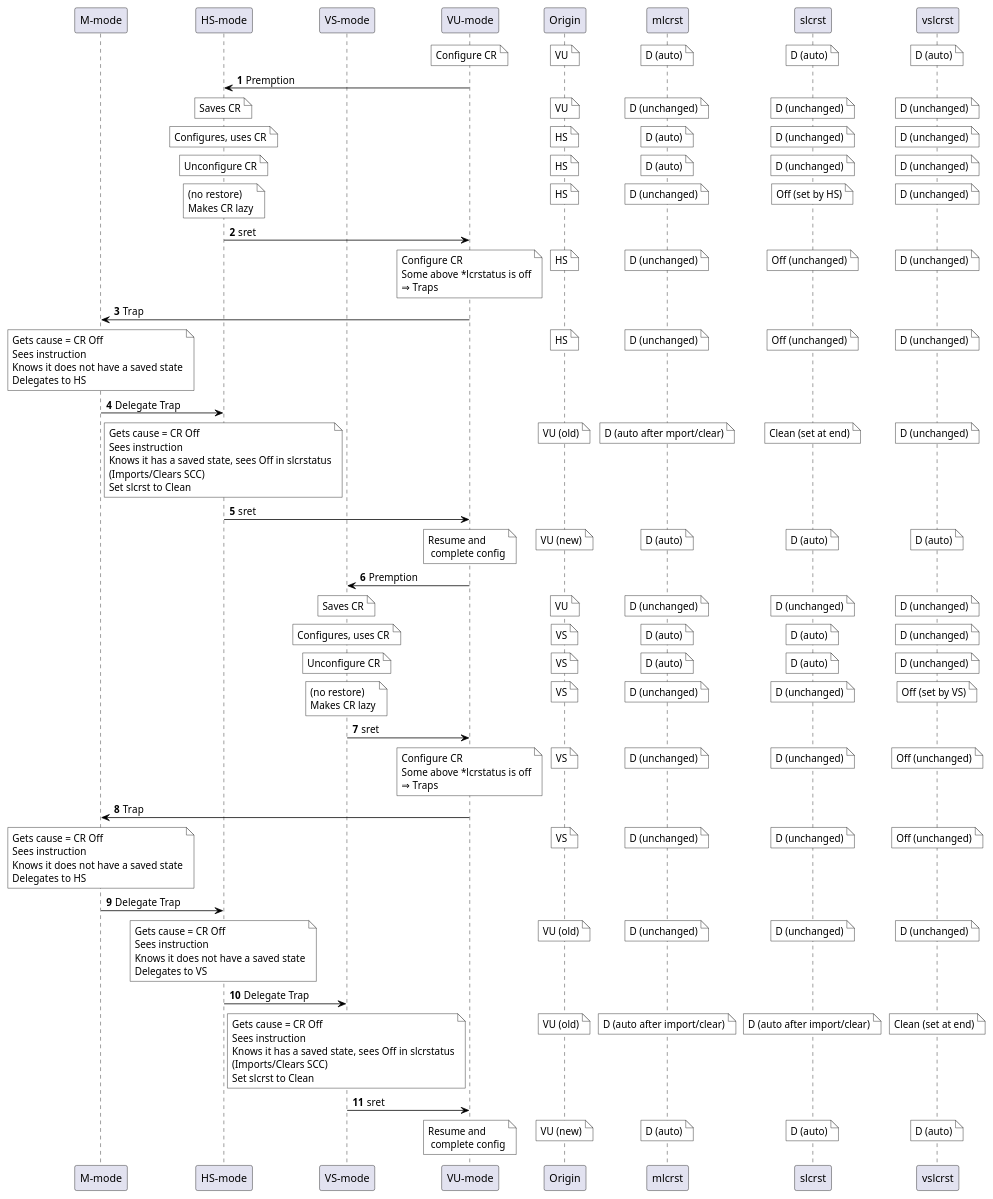
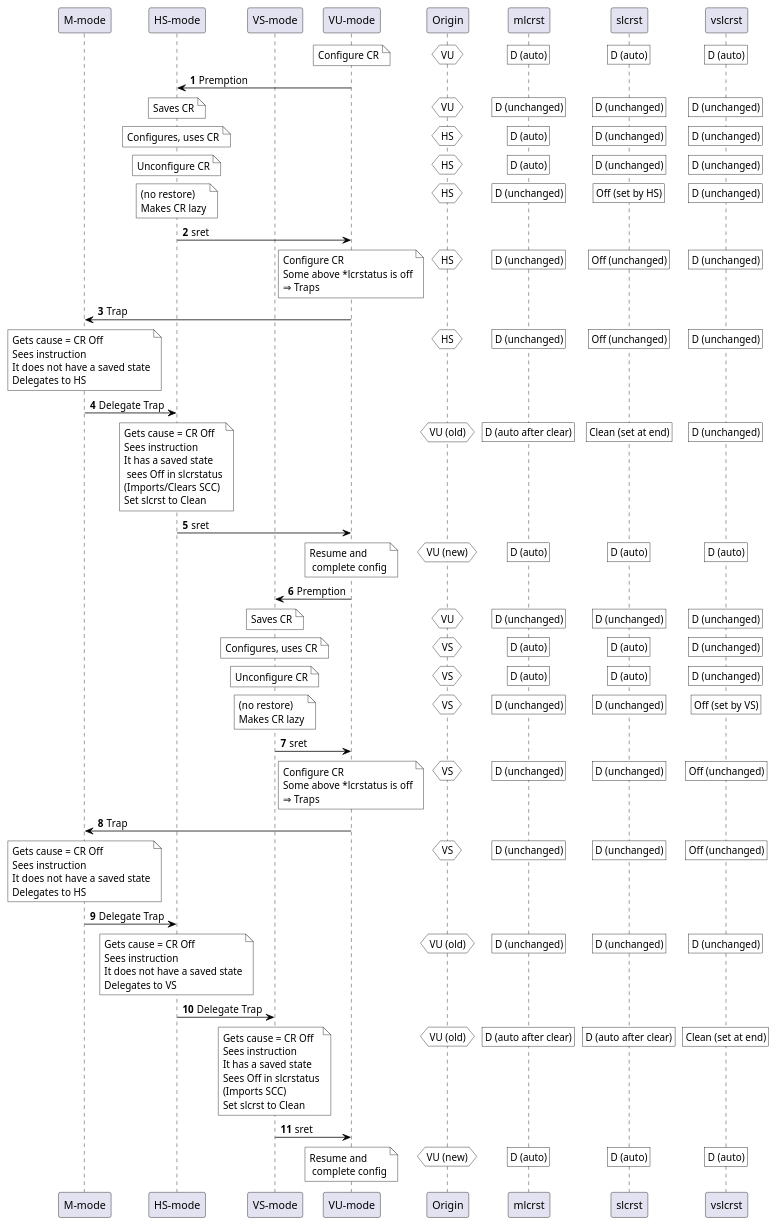
Before and after one commit to riscv/riscv-high-assurance-cryptography: the sixth of 6 diagrams in src/ace-ISA-priv.adoc, drawn with PlantUML.

Commit message:
Improved large sequence diagram

```diff
--- a/src/ace-ISA-priv.adoc
+++ b/src/ace-ISA-priv.adoc
@@ -533,141 +533,136 @@
 participant "vslcrst" as vsl
 
 note over U : Configure CR
-/ note over O : VU
-/ note over ml : D (auto)
-/ note over sl : D (auto)
-/ note over vsl : D (auto)
+/ hnote over O : VU
+/ rnote over ml : D (auto)
+/ rnote over sl : D (auto)
+/ rnote over vsl : D (auto)
 
 U -> HS : Premption
 
 note over HS : Saves CR
-/ note over O : VU
-/ note over ml :  D (unchanged)
-/ note over sl :  D (unchanged)
-/ note over vsl : D (unchanged)
+/ hnote over O : VU
+/ rnote over ml :  D (unchanged)
+/ rnote over sl :  D (unchanged)
+/ rnote over vsl : D (unchanged)
 
 note over HS : Configures, uses CR
-/ note over O : HS
-/ note over ml :  D (auto)
-/ note over sl :  D (unchanged)
-/ note over vsl : D (unchanged)
+/ hnote over O : HS
+/ rnote over ml :  D (auto)
+/ rnote over sl :  D (unchanged)
+/ rnote over vsl : D (unchanged)
 
 note over HS : Unconfigure CR
-/ note over O : HS
-/ note over ml :  D (auto)
-/ note over sl :  D (unchanged)
-/ note over vsl : D (unchanged)
+/ hnote over O : HS
+/ rnote over ml :  D (auto)
+/ rnote over sl :  D (unchanged)
+/ rnote over vsl : D (unchanged)
 
 note over HS : (no restore)\nMakes CR lazy
-/ note over O : HS
-/ note over ml :  D (unchanged)
-/ note over sl :  Off (set by HS)
-/ note over vsl : D (unchanged)
+/ hnote over O : HS
+/ rnote over ml :  D (unchanged)
+/ rnote over sl :  Off (set by HS)
+/ rnote over vsl : D (unchanged)
 
 HS -> U : sret
 
 note over U : Configure CR\nSome above *lcrstatus is off\n⇒ Traps
-/ note over O : HS
-/ note over ml :  D (unchanged)
-/ note over sl :  Off (unchanged)
-/ note over vsl : D (unchanged)
+/ hnote over O : HS
+/ rnote over ml :  D (unchanged)
+/ rnote over sl :  Off (unchanged)
+/ rnote over vsl : D (unchanged)
 
 U -> M : Trap
 
-note over M : Gets cause = CR Off\nSees instruction\nKnows it does not have a saved state\nDelegates to HS
-/ note over O : HS
-/ note over ml :  D (unchanged)
-/ note over sl :  Off (unchanged)
-/ note over vsl : D (unchanged)
+note over M : Gets cause = CR Off\nSees instruction\nIt does not have a saved state\nDelegates to HS
+/ hnote over O : HS
+/ rnote over ml :  D (unchanged)
+/ rnote over sl :  Off (unchanged)
+/ rnote over vsl : D (unchanged)
 
 M -> HS : Delegate Trap
 
-note over HS : Gets cause = CR Off\nSees instruction\nKnows it has a saved state, sees Off in slcrstatus\n(Imports/Clears SCC)\nSet slcrst to Clean
-/ note over O : VU (old)
-/ note over ml :  D (auto after mport/clear)
-/ note over sl :  Clean (set at end)
-/ note over vsl : D (unchanged)
+note over HS : Gets cause = CR Off\nSees instruction\nIt has a saved state\n sees Off in slcrstatus\n(Imports/Clears SCC)\nSet slcrst to Clean
+/ hnote over O : VU (old)
+/ rnote over ml :  D (auto after clear)
+/ rnote over sl :  Clean (set at end)
+/ rnote over vsl : D (unchanged)
 
 HS -> U : sret
 
 note over U : Resume and\n complete config
-/ note over O : VU (new)
-/ note over ml : D (auto)
-/ note over sl : D (auto)
-/ note over vsl : D (auto)
-
-
-
-
-
+/ hnote over O : VU (new)
+/ rnote over ml : D (auto)
+/ rnote over sl : D (auto)
+/ rnote over vsl : D (auto)
 
 
 U -> VS : Premption
 
 note over VS : Saves CR
-/ note over O : VU
-/ note over ml :  D (unchanged)
-/ note over sl :  D (unchanged)
-/ note over vsl : D (unchanged)
+/ hnote over O : VU
+/ rnote over ml :  D (unchanged)
+/ rnote over sl :  D (unchanged)
+/ rnote over vsl : D (unchanged)
 
 note over VS : Configures, uses CR
-/ note over O : VS
-/ note over ml :  D (auto)
-/ note over sl :  D (auto)
-/ note over vsl : D (unchanged)
+/ hnote over O : VS
+/ rnote over ml :  D (auto)
+/ rnote over sl :  D (auto)
+/ rnote over vsl : D (unchanged)
 
 note over VS : Unconfigure CR
-/ note over O : VS
-/ note over ml :  D (auto)
-/ note over sl :  D (auto)
-/ note over vsl : D (unchanged)
+/ hnote over O : VS
+/ rnote over ml :  D (auto)
+/ rnote over sl :  D (auto)
+/ rnote over vsl : D (unchanged)
 
 note over VS : (no restore)\nMakes CR lazy
-/ note over O : VS
-/ note over ml :  D (unchanged)
-/ note over sl :  D (unchanged)
-/ note over vsl : Off (set by VS)
+/ hnote over O : VS
+/ rnote over ml :  D (unchanged)
+/ rnote over sl :  D (unchanged)
+/ rnote over vsl : Off (set by VS)
 
 VS -> U : sret
 
 note over U : Configure CR\nSome above *lcrstatus is off\n⇒ Traps
-/ note over O : VS
-/ note over ml :  D (unchanged)
-/ note over sl :  D (unchanged)
-/ note over vsl : Off (unchanged)
+/ hnote over O : VS
+/ rnote over ml :  D (unchanged)
+/ rnote over sl :  D (unchanged)
+/ rnote over vsl : Off (unchanged)
 
 U -> M : Trap
 
-note over M : Gets cause = CR Off\nSees instruction\nKnows it does not have a saved state\nDelegates to HS
-/ note over O : VS
-/ note over ml :  D (unchanged)
-/ note over sl :  D (unchanged)
-/ note over vsl : Off (unchanged)
+note over M : Gets cause = CR Off\nSees instruction\nIt does not have a saved state\nDelegates to HS
+/ hnote over O : VS
+/ rnote over ml :  D (unchanged)
+/ rnote over sl :  D (unchanged)
+/ rnote over vsl : Off (unchanged)
 
 M -> HS : Delegate Trap
 
-note over HS : Gets cause = CR Off\nSees instruction\nKnows it does not have a saved state\nDelegates to VS
-/ note over O : VU (old)
-/ note over ml :  D (unchanged)
-/ note over sl :  D (unchanged)
-/ note over vsl : D (unchanged)
+note over HS : Gets cause = CR Off\nSees instruction\nIt does not have a saved state\nDelegates to VS
+/ hnote over O : VU (old)
+/ rnote over ml :  D (unchanged)
+/ rnote over sl :  D (unchanged)
+/ rnote over vsl : D (unchanged)
 
 HS -> VS : Delegate Trap
 
-note over VS : Gets cause = CR Off\nSees instruction\nKnows it has a saved state, sees Off in slcrstatus\n(Imports/Clears SCC)\nSet slcrst to Clean
-/ note over O : VU (old)
-/ note over ml :  D (auto after import/clear)
-/ note over sl :  D (auto after import/clear)
-/ note over vsl : Clean (set at end)
+note over VS : Gets cause = CR Off\nSees instruction\nIt has a saved state\nSees Off in slcrstatus\n(Imports SCC)\nSet slcrst to Clean
+/ hnote over O : VU (old)
+/ rnote over ml :  D (auto after clear)
+/ rnote over sl :  D (auto after clear)
+/ rnote over vsl : Clean (set at end)
 
 VS -> U : sret
 
 
 note over U : Resume and\n complete config
-/ note over O : VU (new)
-/ note over ml : D (auto)
-/ note over sl : D (auto)
-/ note over vsl : D (auto)
+/ hnote over O : VU (new)
+/ rnote over ml : D (auto)
+/ rnote over sl : D (auto)
+/ rnote over vsl : D (auto)
 
 @enduml
 ....
```
